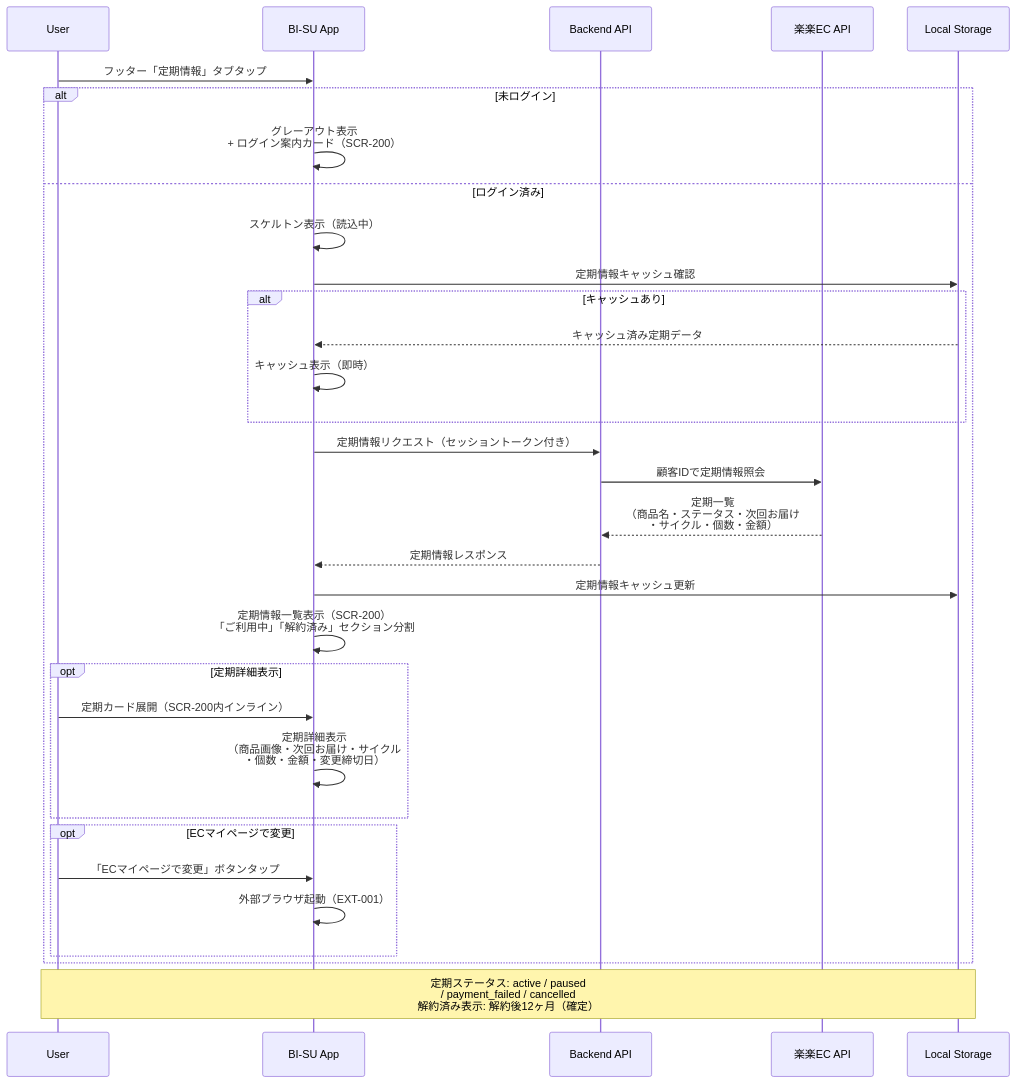
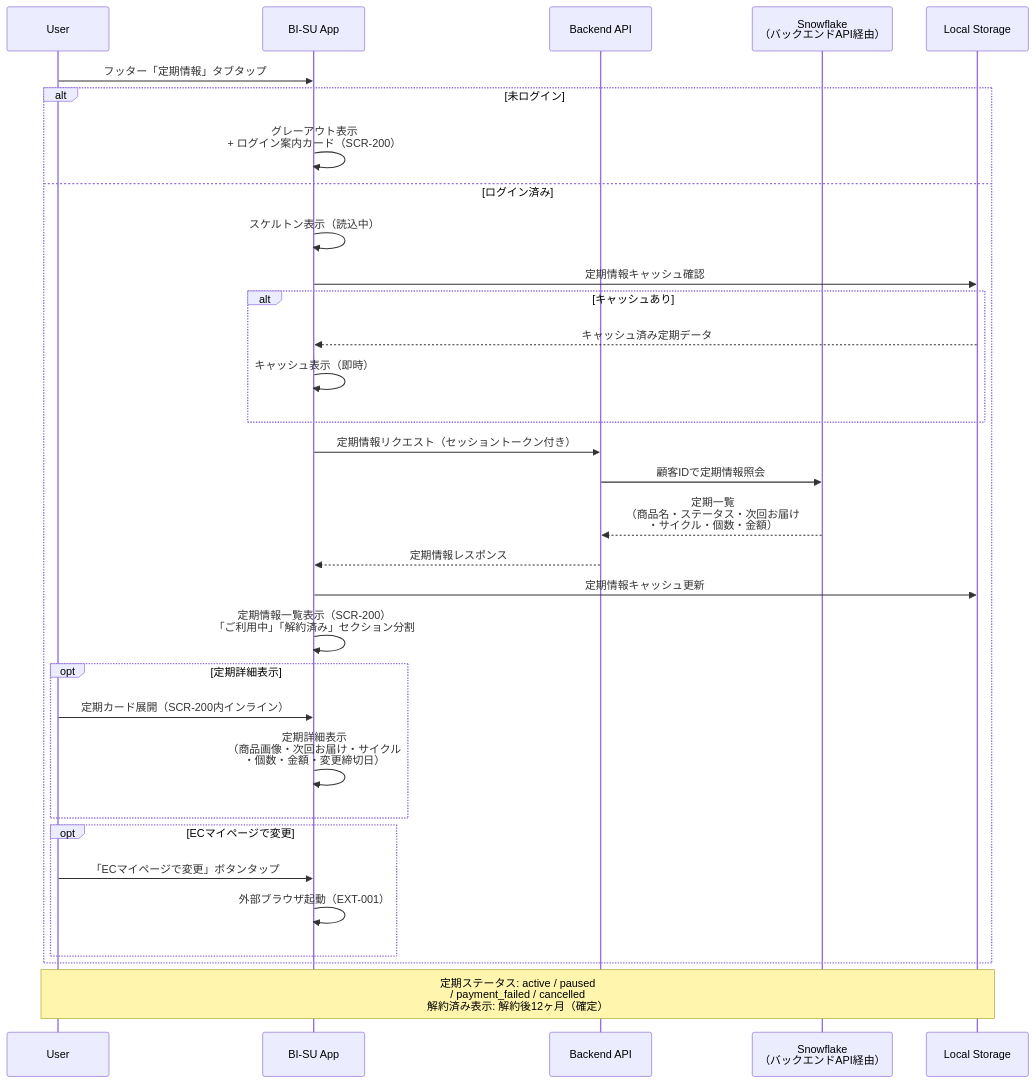
One commit to YukaHasebe/bi-su-app changed the tenth of 24 diagrams in docs/05_シーケンス図.md. Above: the diagram before and after it, drawn with Mermaid. The commit also changed other lines of this file and 7 other files, not shown here.

````diff
--- a/docs/05_シーケンス図.md
+++ b/docs/05_シーケンス図.md
@@ -285,40 +268,40 @@
 ```mermaid
 sequenceDiagram
     participant U as User
     participant App as BI-SU App
     participant API as Backend API
-    participant REC as 楽楽EC API
+    participant SF as Snowflake<br/>（バックエンドAPI経由）
     participant LS as Local Storage
 
     U->>App: フッター「定期情報」タブタップ
 
     alt 未ログイン
         App->>App: グレーアウト表示<br/>+ ログイン案内カード（SCR-200）
     else ログイン済み
         App->>App: スケルトン表示（読込中）
         App->>LS: 定期情報キャッシュ確認
         alt キャッシュあり
             LS-->>App: キャッシュ済み定期データ
             App->>App: キャッシュ表示（即時）
         end
 
         App->>API: 定期情報リクエスト（セッショントークン付き）
-        API->>REC: 顧客IDで定期情報照会
-        REC-->>API: 定期一覧<br/>（商品名・ステータス・次回お届け<br/>・サイクル・個数・金額）
+        API->>SF: 顧客IDで定期情報照会
+        SF-->>API: 定期一覧<br/>（商品名・ステータス・次回お届け<br/>・サイクル・個数・金額）
         API-->>App: 定期情報レスポンス
         App->>LS: 定期情報キャッシュ更新
         App->>App: 定期情報一覧表示（SCR-200）<br/>「ご利用中」「解約済み」セクション分割
 
         opt 定期詳細表示
             U->>App: 定期カード展開（SCR-200内インライン）
             App->>App: 定期詳細表示<br/>（商品画像・次回お届け・サイクル<br/>・個数・金額・変更締切日）
         end
 
         opt ECマイページで変更
             U->>App: 「ECマイページで変更」ボタンタップ
             App->>App: 外部ブラウザ起動（EXT-001）
         end
     end
 
     Note over U,LS: 定期ステータス: active / paused<br/>/ payment_failed / cancelled<br/>解約済み表示: 解約後12ヶ月（確定）
 ```
````
